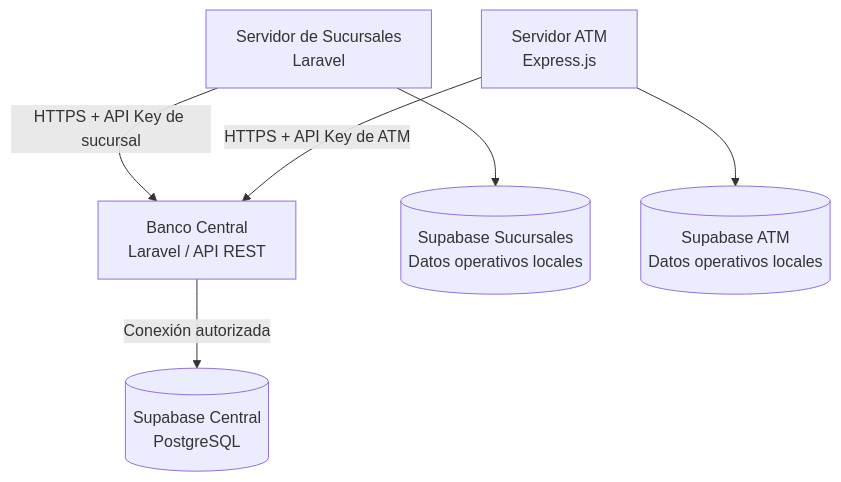
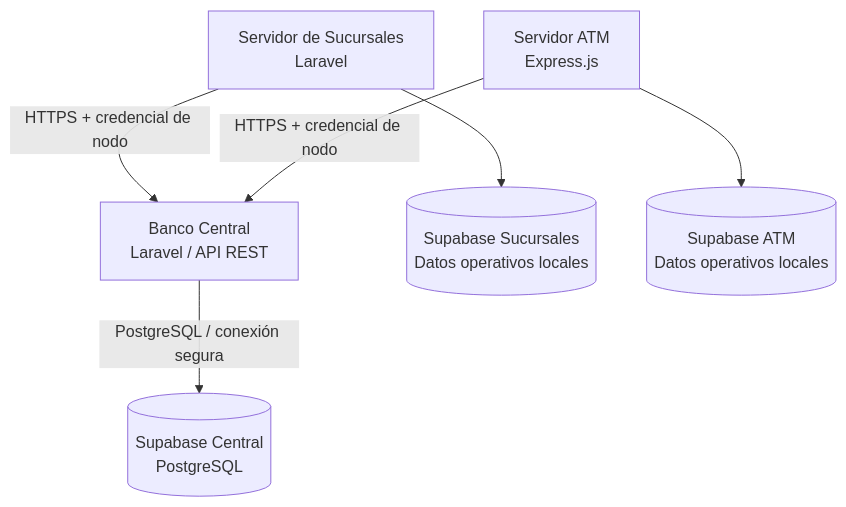
The diagram in README.md (Robel42-web/Banco_central), drawn with Mermaid before and after one commit. The commit also changed other lines of this file and 5 other files, not shown here.

````diff
--- a/README.md
+++ b/README.md
@@ -13,8 +12,8 @@
 ```mermaid
 flowchart TB
-    S[Servidor de Sucursales\nLaravel] -->|HTTPS + API Key de sucursal| C[Banco Central\nLaravel / API REST]
-    A[Servidor ATM\nExpress.js] -->|HTTPS + API Key de ATM| C
-    C -->|Conexión autorizada| D[(Supabase Central\nPostgreSQL)]
-    S --> L[(Supabase Sucursales\nDatos operativos locales)]
-    A --> M[(Supabase ATM\nDatos operativos locales)]
+    S[Servidor de Sucursales<br/>Laravel] -->|HTTPS + credencial de nodo| C[Banco Central<br/>Laravel / API REST]
+    A[Servidor ATM<br/>Express.js] -->|HTTPS + credencial de nodo| C
+    C -->|PostgreSQL / conexión segura| D[(Supabase Central<br/>PostgreSQL)]
+    S --> L[(Supabase Sucursales<br/>Datos operativos locales)]
+    A --> M[(Supabase ATM<br/>Datos operativos locales)]
 ```
````
